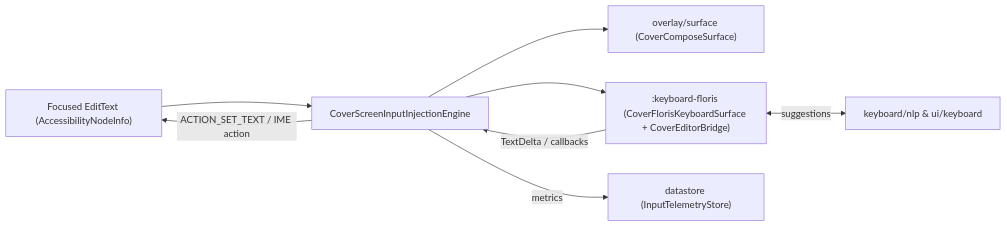
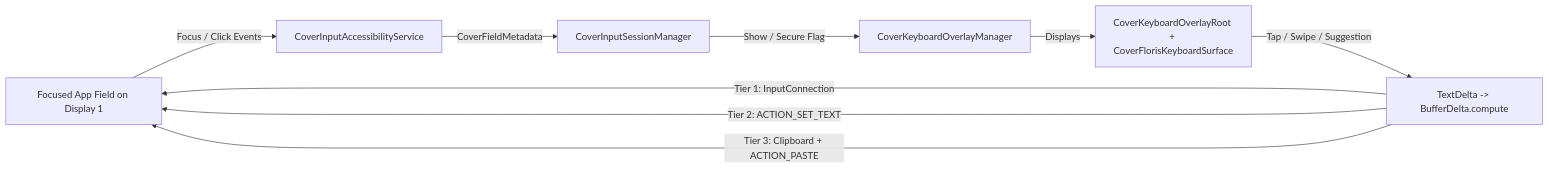
The diagram in app/src/main/java/com/tyejaedon/coverscreenos/overlay/input/README.md (tyejaedon/Cover-Screen-OS), drawn with Mermaid before and after one commit. The commit also changed other lines of this file and 157 other files, not shown here.

````diff
--- a/app/src/main/java/com/tyejaedon/coverscreenos/overlay/input/README.md
+++ b/app/src/main/java/com/tyejaedon/coverscreenos/overlay/input/README.md
@@ -15,10 +67,11 @@
 ```mermaid
 flowchart LR
-    A11yFocus["Focused EditText (AccessibilityNodeInfo)"] --> Engine["CoverScreenInputInjectionEngine"]
-    Engine --> Surface["overlay/surface (CoverComposeSurface)"]
-    Engine --> Floris[":keyboard-floris (CoverFlorisKeyboardSurface + CoverEditorBridge)"]
-    Floris <-->|"suggestions"| NLP["keyboard/nlp & ui/keyboard"]
-    Floris -->|"TextDelta / callbacks"| Engine
-    Engine -->|"ACTION_SET_TEXT / IME action"| A11yFocus
-    Engine -->|"metrics"| Telemetry["datastore (InputTelemetryStore)"]
+    Target["Focused App Field on Display 1"] -->|"Focus / Click Events"| Service["CoverInputAccessibilityService"]
+    Service -->|"CoverFieldMetadata"| Manager["CoverInputSessionManager"]
+    Manager -->|"Show / Secure Flag"| Overlay["CoverKeyboardOverlayManager"]
+    Overlay -->|"Displays"| Surface["CoverKeyboardOverlayRoot + CoverFlorisKeyboardSurface"]
+    Surface -->|"Tap / Swipe / Suggestion"| Deltas["TextDelta -> BufferDelta.compute"]
+    Deltas -->|"Tier 1: InputConnection"| Target
+    Deltas -->|"Tier 2: ACTION_SET_TEXT"| Target
+    Deltas -->|"Tier 3: Clipboard + ACTION_PASTE"| Target
 ```
````
